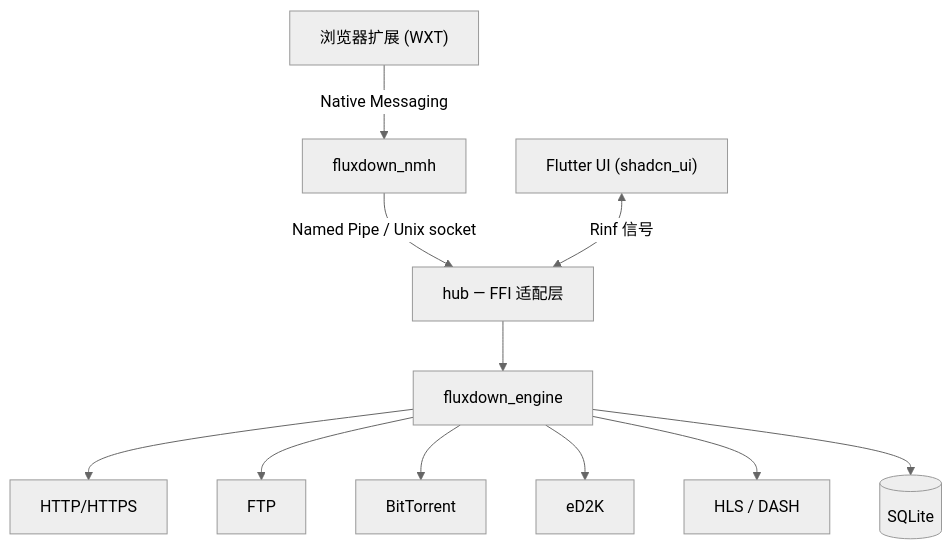
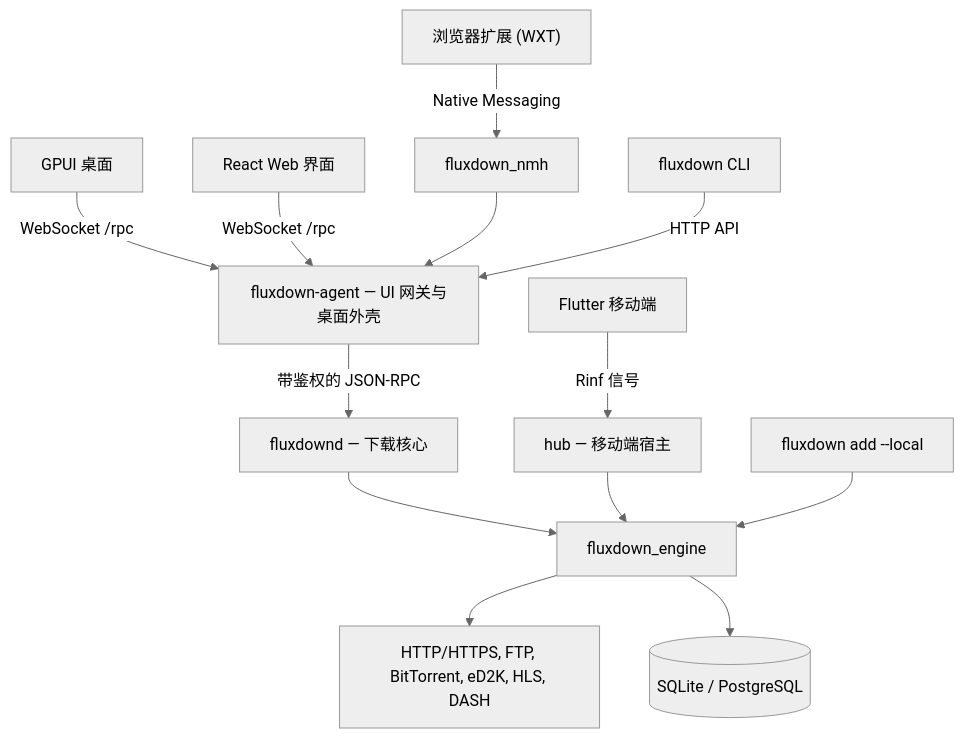
Before and after one commit to MemoryClear/FluxDown: the diagram in README.zh-CN.md, drawn with Mermaid (neutral theme). The commit also changed other lines of this file and 1 other file, not shown here.

````diff
--- a/README.zh-CN.md
+++ b/README.zh-CN.md
@@ -136,13 +185,15 @@
 ```mermaid
 flowchart TD
+    UI["GPUI 桌面"] -->|"WebSocket /rpc"| AGENT["fluxdown-agent — UI 网关与桌面外壳"]
+    WEB["React Web 界面"] -->|"WebSocket /rpc"| AGENT
     EXT["浏览器扩展 (WXT)"] -->|Native Messaging| NMH["fluxdown_nmh"]
-    NMH -->|Named Pipe / Unix socket| HUB
-    UI["Flutter UI (shadcn_ui)"] <-->|Rinf 信号| HUB["hub — FFI 适配层"]
+    NMH --> AGENT
+    CLI["fluxdown CLI"] -->|"HTTP API"| AGENT
+    AGENT -->|"带鉴权的 JSON-RPC"| DAEMON["fluxdownd — 下载核心"]
+    DAEMON --> ENGINE["fluxdown_engine"]
+    MOBILE["Flutter 移动端"] -->|"Rinf 信号"| HUB["hub — 移动端宿主"]
     HUB --> ENGINE["fluxdown_engine"]
-    ENGINE --> HTTP["HTTP/HTTPS"]
-    ENGINE --> FTP["FTP"]
-    ENGINE --> BT["BitTorrent"]
-    ENGINE --> ED2K["eD2K"]
-    ENGINE --> HLS["HLS / DASH"]
-    ENGINE --> DB[("SQLite")]
+    LOCAL["fluxdown add --local"] --> ENGINE
+    ENGINE --> PROTOCOLS["HTTP/HTTPS, FTP, BitTorrent, eD2K, HLS, DASH"]
+    ENGINE --> DB[("SQLite / PostgreSQL")]
 ```
````
